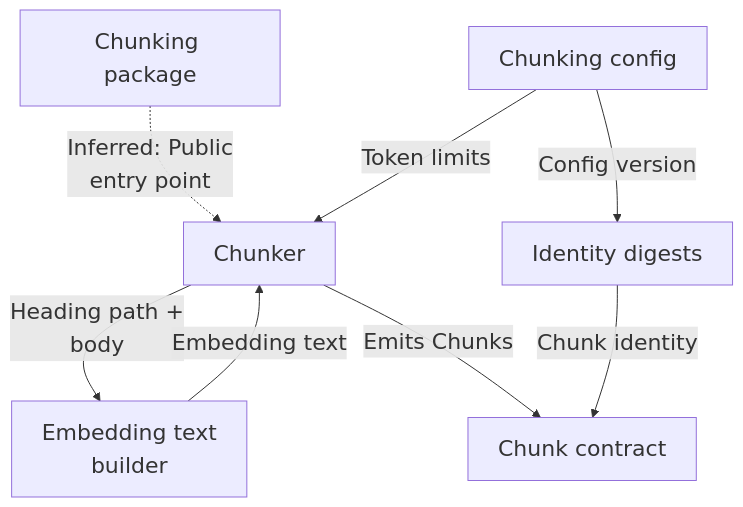
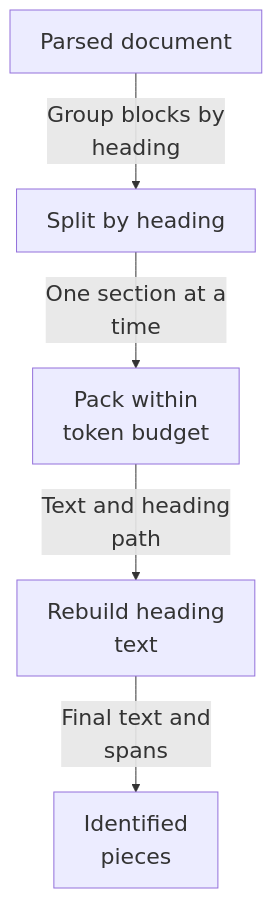
One commit to Justin-Mendoza/Afterclass changed the diagram in maps/ingestion/diagram-01.mmd. Above: the diagram before and after it, drawn with Mermaid. The commit also changed 91 other files, not shown here.

```diff
--- a/maps/ingestion/diagram-01.mmd
+++ b/maps/ingestion/diagram-01.mmd
@@ -1,15 +1,11 @@
 %%{init: {"themeVariables": {"fontSize": "22px"}}}%%
 flowchart TD
-  n0["Chunking package"]
-  n1["Chunker"]
-  n2["Embedding text<br/>builder"]
-  n3["Chunk contract"]
-  n4["Chunking config"]
-  n5["Identity digests"]
-  n0 -.->|"Inferred: Public<br/>entry point"| n1
-  n1 -->|"Heading path +<br/>body"| n2
-  n2 -->|"Embedding text"| n1
-  n4 -->|"Token limits"| n1
-  n1 -->|"Emits Chunks"| n3
-  n5 -->|"Chunk identity"| n3
-  n4 -->|"Config version"| n5
+  n0["Parsed document"]
+  n1["Split by heading"]
+  n2["Pack within<br/>token budget"]
+  n3["Rebuild heading<br/>text"]
+  n4["Identified<br/>pieces"]
+  n0 -->|"Group blocks by<br/>heading"| n1
+  n1 -->|"One section at a<br/>time"| n2
+  n2 -->|"Text and heading<br/>path"| n3
+  n3 -->|"Final text and<br/>spans"| n4
```
